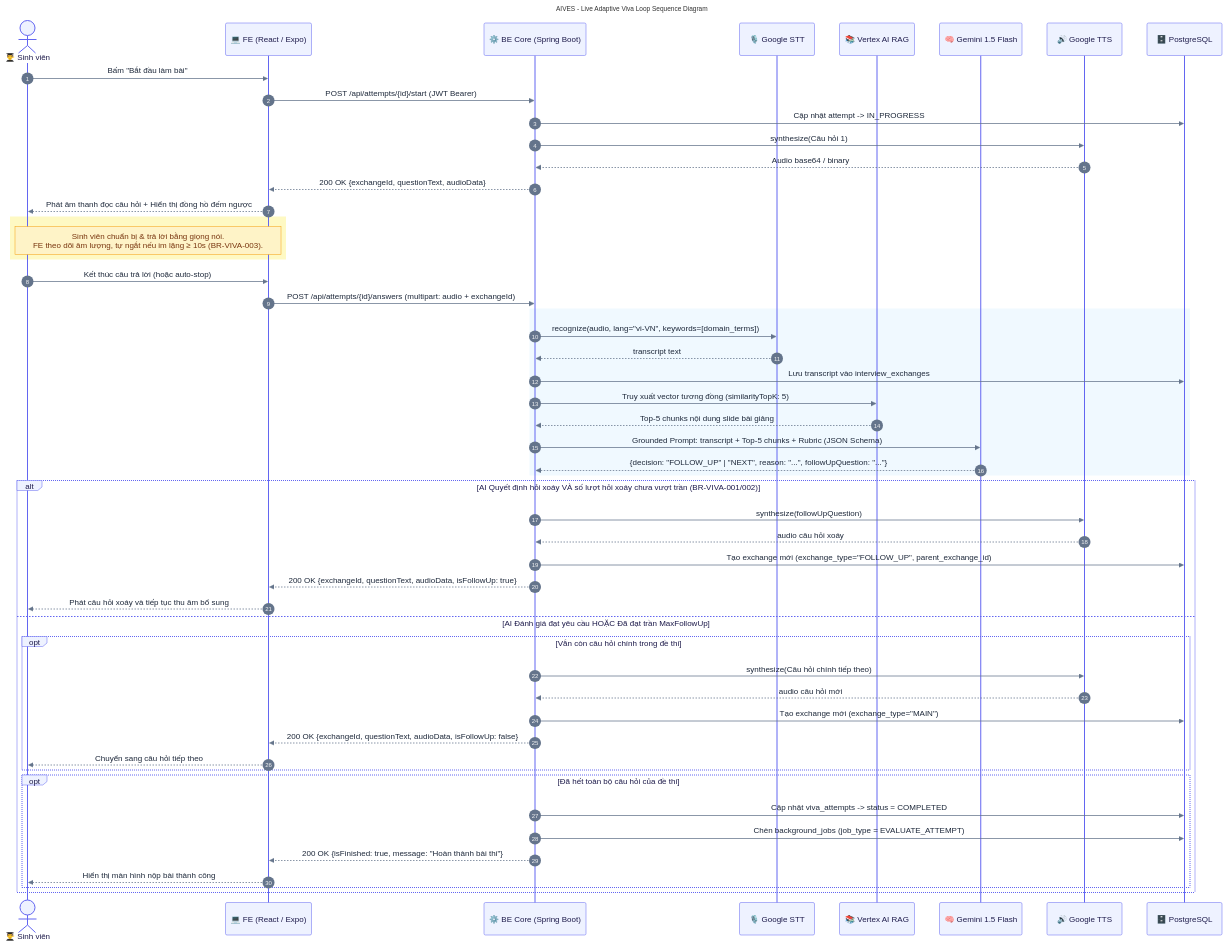
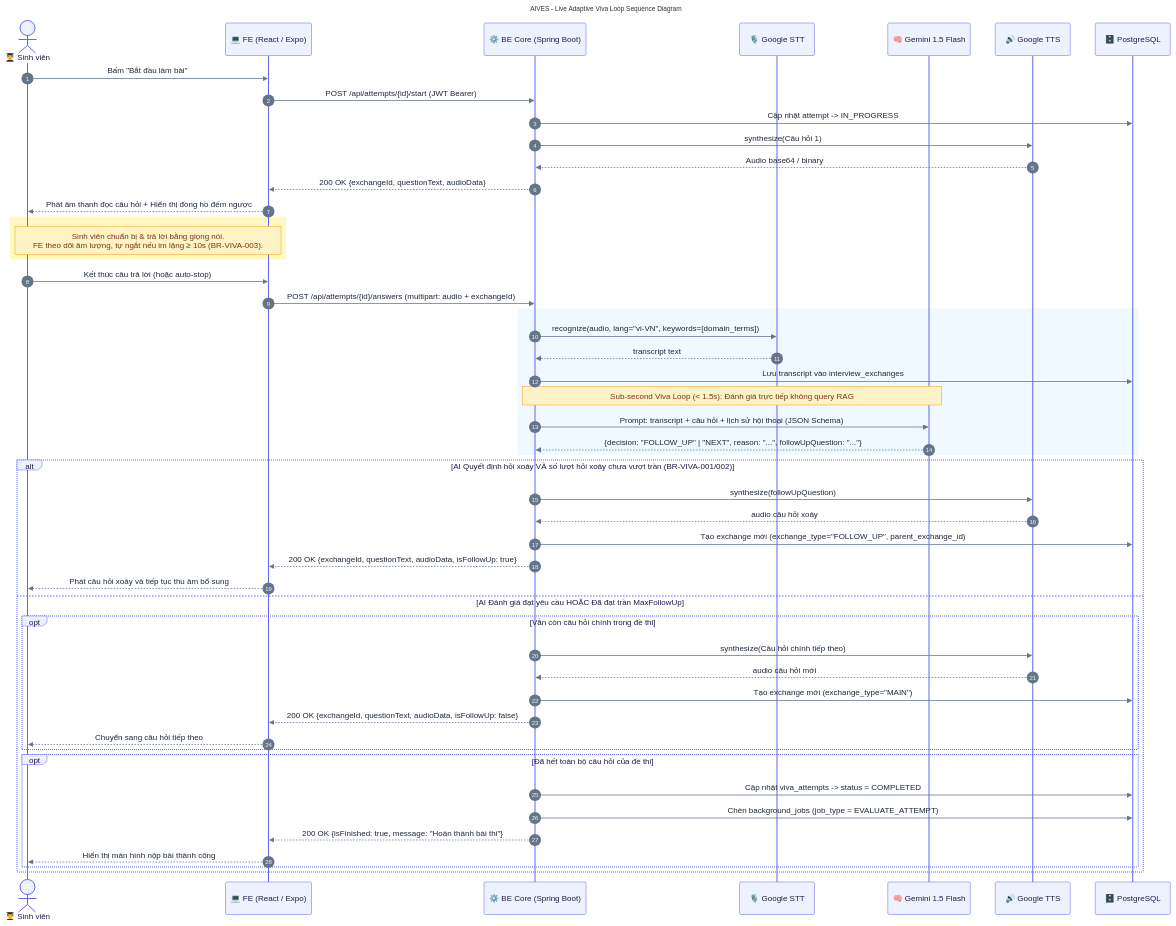
Before and after one commit to SWD392-Group-4/AI-powered-Viva-Exam-System: the diagram in document/live-adaptive-viva-sequence.mmd, drawn with Mermaid. The commit also changed 8 other files, not shown here.

Commit message:
docs: add system documentation, sequence diagrams, and architecture design report

```diff
--- a/document/live-adaptive-viva-sequence.mmd
+++ b/document/live-adaptive-viva-sequence.mmd
@@ -1,77 +1,75 @@
 ---
 title: AIVES - Live Adaptive Viva Loop Sequence Diagram
 ---
 
 %%{init: {
   'theme': 'base',
   'themeVariables': {
     'actorBkg': '#EEF2FF',
     'actorBorder': '#6366F1',
     'actorTextColor': '#1E1B4B',
     'signalColor': '#64748B',
     'signalTextColor': '#1E293B',
     'noteBkgColor': '#FEF3C7',
     'noteBorderColor': '#F59E0B',
     'noteTextColor': '#78350F',
     'fontFamily': 'Inter, system-ui, sans-serif',
     'fontSize': '13px'
   }
 }}%%
 
 sequenceDiagram
     autonumber
     actor SV as 👨‍🎓 Sinh viên
     participant FE as 💻 FE (React / Expo)
     participant BE as ⚙️ BE Core (Spring Boot)
     participant STT as 🎙️ Google STT
-    participant RAG as 📚 Vertex AI RAG
     participant AI as 🧠 Gemini 1.5 Flash
     participant TTS as 🔊 Google TTS
     participant DB as 🗄️ PostgreSQL
 
     SV->>FE: Bấm "Bắt đầu làm bài"
     FE->>BE: POST /api/attempts/{id}/start (JWT Bearer)
     BE->>DB: Cập nhật attempt -> IN_PROGRESS
     BE->>TTS: synthesize(Câu hỏi 1)
     TTS-->>BE: Audio base64 / binary
     BE-->>FE: 200 OK {exchangeId, questionText, audioData}
     FE-->>SV: Phát âm thanh đọc câu hỏi + Hiển thị đồng hồ đếm ngược
 
     rect rgb(254, 249, 195)
         Note over SV, FE: Sinh viên chuẩn bị & trả lời bằng giọng nói.<br/>FE theo dõi âm lượng, tự ngắt nếu im lặng ≥ 10s (BR-VIVA-003).
     end
 
     SV->>FE: Kết thúc câu trả lời (hoặc auto-stop)
     FE->>BE: POST /api/attempts/{id}/answers (multipart: audio + exchangeId)
     
     rect rgb(240, 249, 255)
         BE->>STT: recognize(audio, lang="vi-VN", keywords=[domain_terms])
         STT-->>BE: transcript text
         BE->>DB: Lưu transcript vào interview_exchanges
-        BE->>RAG: Truy xuất vector tương đồng (similarityTopK: 5)
-        RAG-->>BE: Top-5 chunks nội dung slide bài giảng
-        BE->>AI: Grounded Prompt: transcript + Top-5 chunks + Rubric (JSON Schema)
+        Note over BE, AI: Sub-second Viva Loop (< 1.5s): Đánh giá trực tiếp không query RAG
+        BE->>AI: Prompt: transcript + câu hỏi + lịch sử hội thoại (JSON Schema)
         AI-->>BE: {decision: "FOLLOW_UP" | "NEXT", reason: "...", followUpQuestion: "..."}
     end
 
     alt AI Quyết định hỏi xoáy VÀ số lượt hỏi xoáy chưa vượt trần (BR-VIVA-001/002)
         BE->>TTS: synthesize(followUpQuestion)
         TTS-->>BE: audio câu hỏi xoáy
         BE->>DB: Tạo exchange mới (exchange_type="FOLLOW_UP", parent_exchange_id)
         BE-->>FE: 200 OK {exchangeId, questionText, audioData, isFollowUp: true}
         FE-->>SV: Phát câu hỏi xoáy và tiếp tục thu âm bổ sung
     else AI Đánh giá đạt yêu cầu HOẶC Đã đạt trần MaxFollowUp
         opt Vẫn còn câu hỏi chính trong đề thi
             BE->>TTS: synthesize(Câu hỏi chính tiếp theo)
             TTS-->>BE: audio câu hỏi mới
             BE->>DB: Tạo exchange mới (exchange_type="MAIN")
             BE-->>FE: 200 OK {exchangeId, questionText, audioData, isFollowUp: false}
             FE-->>SV: Chuyển sang câu hỏi tiếp theo
         end
         opt Đã hết toàn bộ câu hỏi của đề thi
             BE->>DB: Cập nhật viva_attempts -> status = COMPLETED
             BE->>DB: Chèn background_jobs (job_type = EVALUATE_ATTEMPT)
             BE-->>FE: 200 OK {isFinished: true, message: "Hoàn thành bài thi"}
             FE-->>SV: Hiển thị màn hình nộp bài thành công
         end
     end
```
